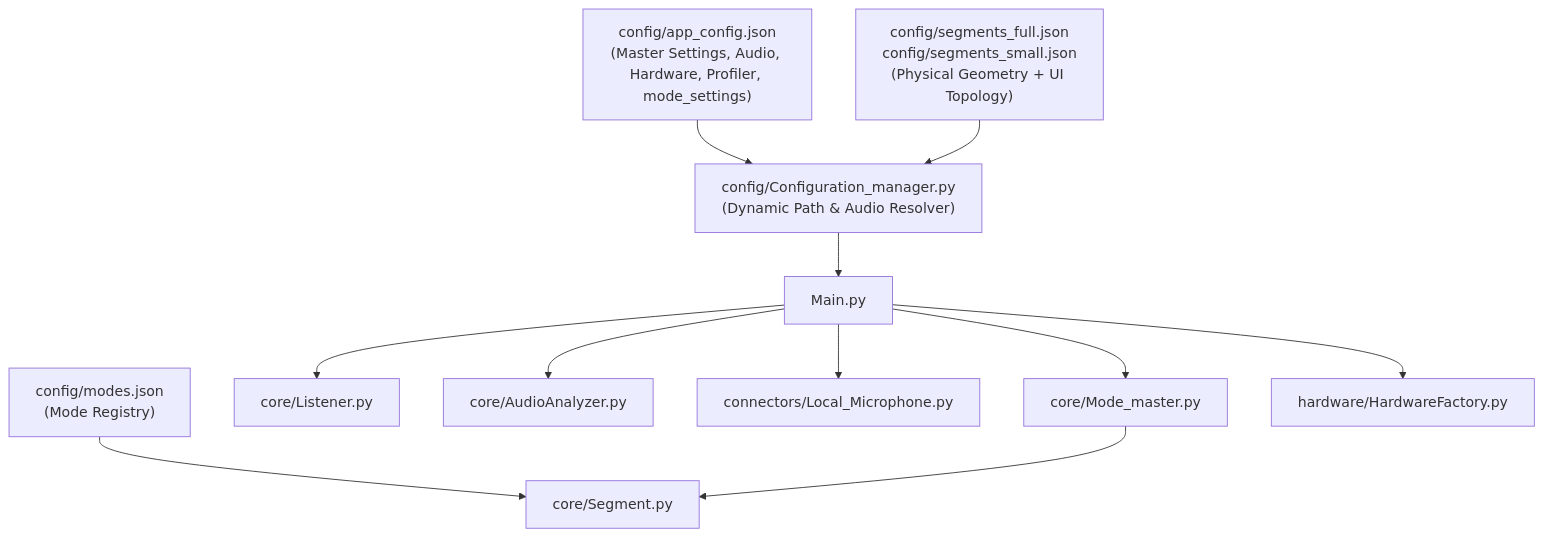
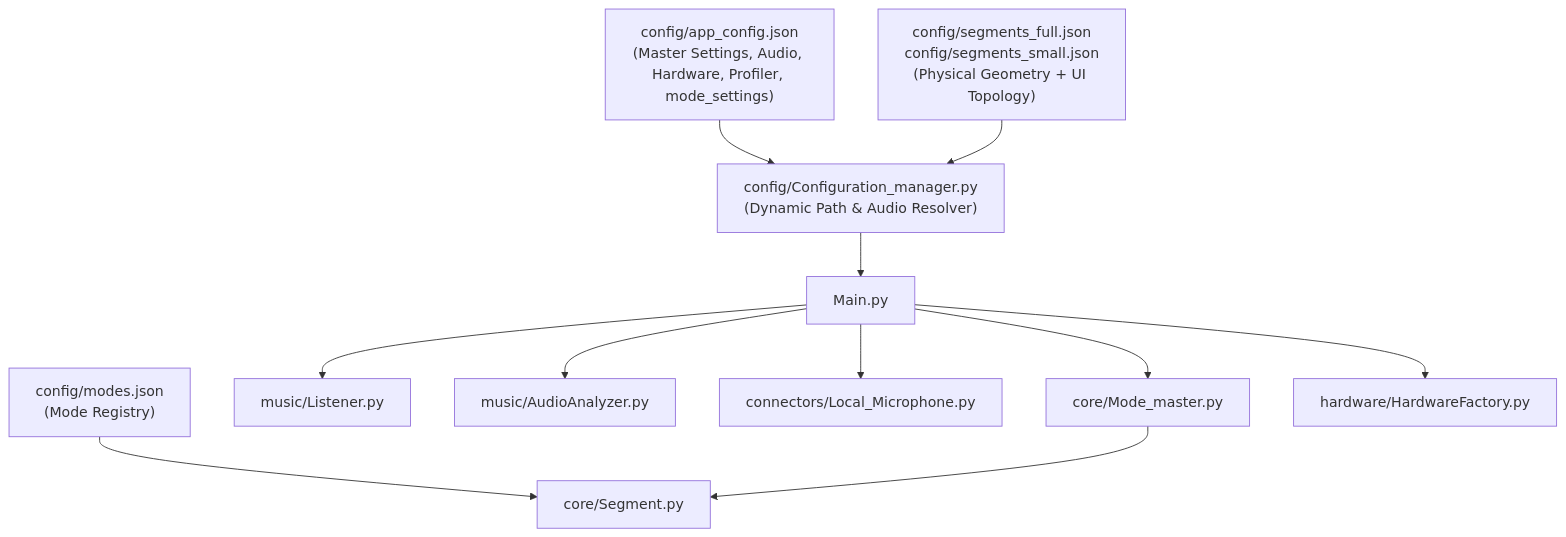
One commit to LucRobey/vialactee changed the diagram in docs/reference/configuration_schemas.md. Above: the diagram before and after it, drawn with Mermaid. The commit also changed 59 other files, not shown here.

````diff
--- a/docs/reference/configuration_schemas.md
+++ b/docs/reference/configuration_schemas.md
@@ -12,20 +12,20 @@
 ```mermaid
 graph TD
     AppConfig["config/app_config.json<br/>(Master Settings, Audio, Hardware, Profiler, mode_settings)"]
     ModesConfig["config/modes.json<br/>(Mode Registry)"]
     SegmentsConfig["config/segments_full.json<br/>config/segments_small.json<br/>(Physical Geometry + UI Topology)"]
 
     Mgr["config/Configuration_manager.py<br/>(Dynamic Path & Audio Resolver)"]
 
     AppConfig --> Mgr
     ModesConfig --> Segment["core/Segment.py"]
     SegmentsConfig --> Mgr
 
     Mgr --> Main["Main.py"]
-    Main --> Listener["core/Listener.py"]
-    Main --> AudioAnalyzer["core/AudioAnalyzer.py"]
+    Main --> Listener["music/Listener.py"]
+    Main --> AudioAnalyzer["music/AudioAnalyzer.py"]
     Main --> LocalMic["connectors/Local_Microphone.py"]
     Main --> ModeMaster["core/Mode_master.py"]
     ModeMaster --> Segment
     Main --> HwFactory["hardware/HardwareFactory.py"]
 ```
````
